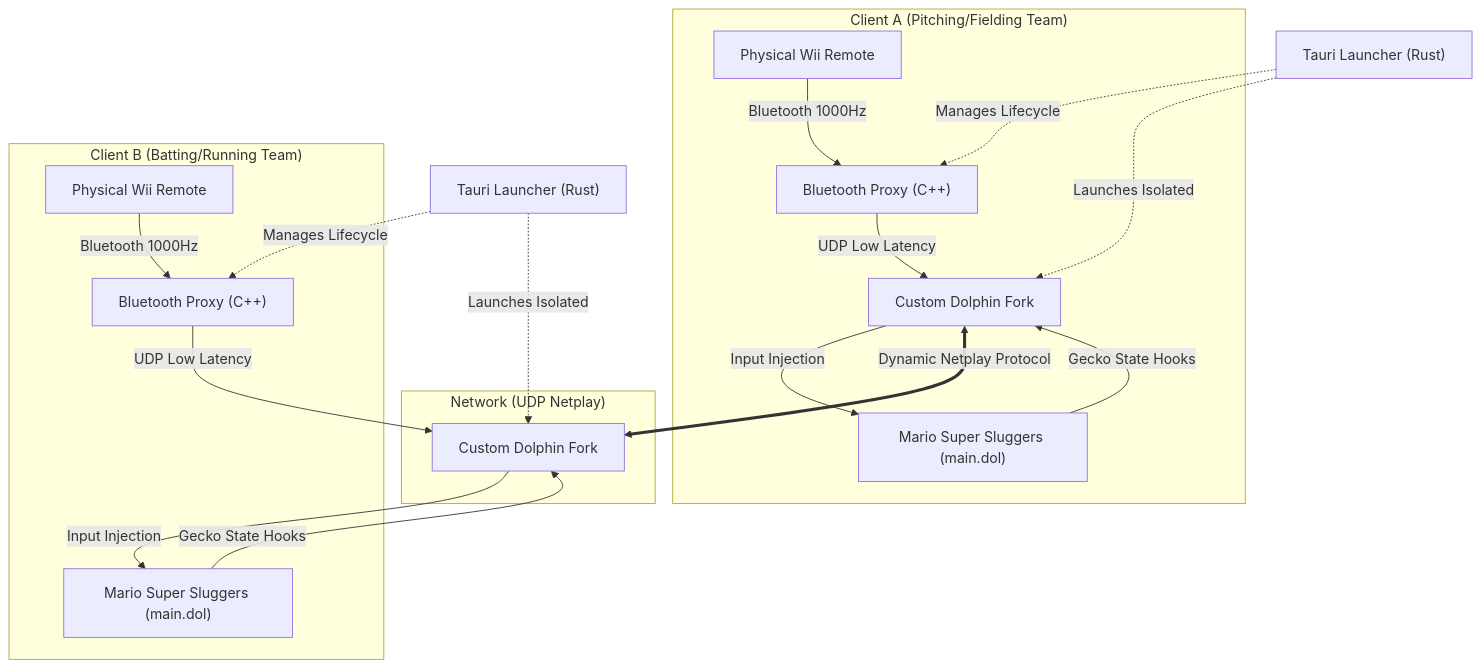
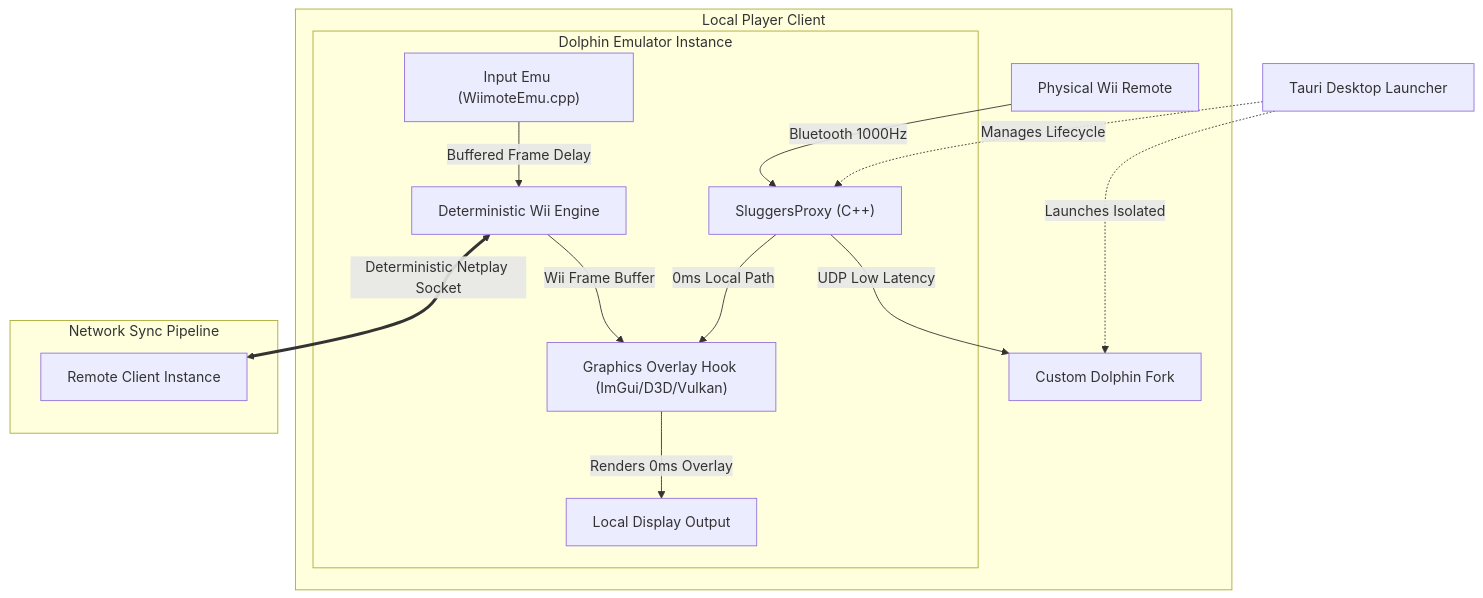
The diagram in implementation_plan.md (RealClayton/supersluggers-online), drawn with Mermaid before and after one commit. The commit also changed other lines of this file and 1 other file, not shown here.

Commit message:
Adopt Hybrid Overlay & Deterministic Netplay Architecture blueprint

````diff
--- a/implementation_plan.md
+++ b/implementation_plan.md
@@ -11,25 +11,21 @@
 ```mermaid
 graph TD
-    subgraph Client_A ["Client A (Pitching/Fielding Team)"]
-        A_Wiimote["Physical Wii Remote"] -->|Bluetooth 1000Hz| A_Proxy["Bluetooth Proxy (C++)"]
-        A_Proxy -->|UDP Low Latency| A_Dolphin["Custom Dolphin Fork"]
-        A_Dolphin -->|Input Injection| A_Game["Mario Super Sluggers (main.dol)"]
-        A_Game -->|Gecko State Hooks| A_Dolphin
+    subgraph Local_Client ["Local Player Client"]
+        Remote["Physical Wii Remote"] -->|Bluetooth 1000Hz| Proxy["SluggersProxy (C++)"]
+        Proxy -->|UDP Low Latency| Dolphin["Custom Dolphin Fork"]
+        
+        subgraph Dolphin_Process ["Dolphin Emulator Instance"]
+            Input_Map["Input Emu (WiimoteEmu.cpp)"] -->|Buffered Frame Delay| Wii_Core["Deterministic Wii Engine"]
+            Proxy -->|0ms Local Path| Graphics_Hook["Graphics Overlay Hook (ImGui/D3D/Vulkan)"]
+            Graphics_Hook -->|Renders 0ms Overlay| Screen["Local Display Output"]
+            Wii_Core -->|Wii Frame Buffer| Graphics_Hook
+        end
+    end
+
+    subgraph Network ["Network Sync Pipeline"]
+        Wii_Core <==>|Deterministic Netplay Socket| Remote_Dolphin["Remote Client Instance"]
     end
     
-    subgraph Network_Netplay ["Network (UDP Netplay)"]
-        A_Dolphin <==>|Dynamic Netplay Protocol| B_Dolphin["Custom Dolphin Fork"]
-    end
-    
-    subgraph Client_B ["Client B (Batting/Running Team)"]
-        B_Wiimote["Physical Wii Remote"] -->|Bluetooth 1000Hz| B_Proxy["Bluetooth Proxy (C++)"]
-        B_Proxy -->|UDP Low Latency| B_Dolphin["Custom Dolphin Fork"]
-        B_Dolphin -->|Input Injection| B_Game["Mario Super Sluggers (main.dol)"]
-        B_Game -->|Gecko State Hooks| B_Dolphin
-    end
-    
-    A_Tauri["Tauri Launcher (Rust)"] -.->|Manages Lifecycle| A_Proxy
-    A_Tauri -.->|Launches Isolated| A_Dolphin
-    B_Tauri["Tauri Launcher (Rust)"] -.->|Manages Lifecycle| B_Proxy
-    B_Tauri -.->|Launches Isolated| B_Dolphin
+    Launcher["Tauri Desktop Launcher"] -.->|Manages Lifecycle| Proxy
+    Launcher -.->|Launches Isolated| Dolphin
 ```
````
